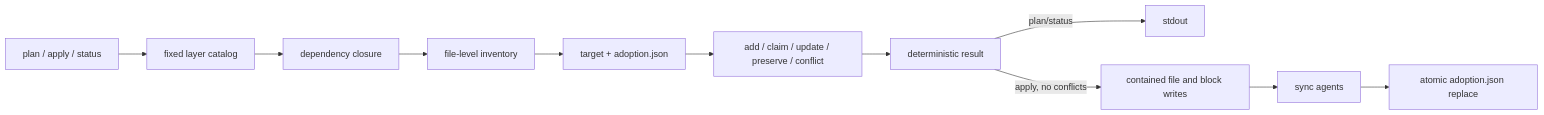
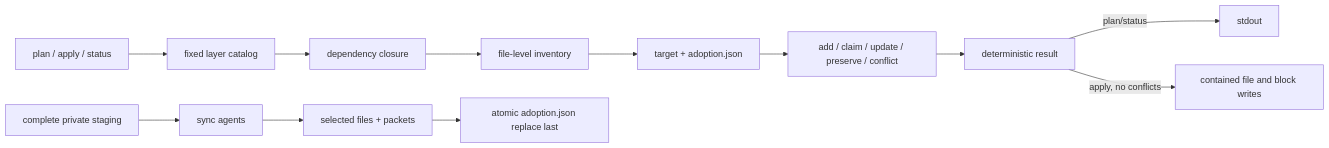
The diagram in .specs/features/layered-workflow-adoption/design.md (antoniofulg/my-workflow), drawn with Mermaid before and after one commit. The commit also changed other lines of this file and 5 other files, not shown here.

````diff
--- a/.specs/features/layered-workflow-adoption/design.md
+++ b/.specs/features/layered-workflow-adoption/design.md
@@ -11,13 +11,14 @@
 ```mermaid
 flowchart LR
     CLI[plan / apply / status] --> Catalog[fixed layer catalog]
     Catalog --> Resolve[dependency closure]
     Resolve --> Inventory[file-level inventory]
     Inventory --> State[target + adoption.json]
     State --> Classify[add / claim / update / preserve / conflict]
     Classify --> Plan[deterministic result]
     Plan -->|plan/status| Output[stdout]
     Plan -->|apply, no conflicts| Write[contained file and block writes]
-    Write --> Sync[sync agents]
-    Sync --> Manifest[atomic adoption.json replace]
+    Stage[complete private staging] --> Sync[sync agents]
+    Sync --> Publish[selected files + packets]
+    Publish --> Manifest[atomic adoption.json replace last]
 ```
````
